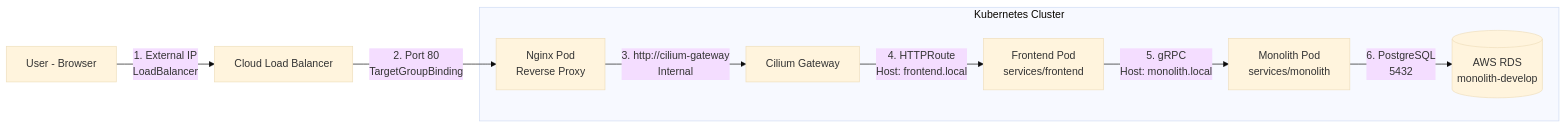
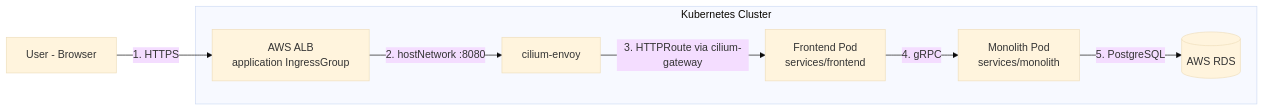
Before and after one commit to panicboat/monorepo: the first of 2 diagrams in README.md, drawn with Mermaid (base theme). The commit also changed other lines of this file and 86 other files, not shown here.

````diff
--- a/README.md
+++ b/README.md
@@ -62,12 +28,11 @@
 ```mermaid
 graph LR
-  User[User - Browser] -- "1. External IP<br>LoadBalancer" --> NginxLB[Cloud Load Balancer]
-  NginxLB -- "2. Port 80<br>TargetGroupBinding" --> NginxPod[Nginx Pod<br>Reverse Proxy]
+  User[User - Browser] -- "1. HTTPS" --> ALB[AWS ALB<br>application IngressGroup]
 
   subgraph "Kubernetes Cluster"
-    NginxPod -- "3. http://cilium-gateway<br>Internal" --> CiliumGw[Cilium Gateway]
-    CiliumGw -- "4. HTTPRoute<br>Host: frontend.local" --> FrontendPod[Frontend Pod<br>services/frontend]
-    FrontendPod -- "5. gRPC<br>Host: monolith.local" --> MonolithPod[Monolith Pod<br>services/monolith]
-    MonolithPod -- "6. PostgreSQL<br>5432" --> RDS[(AWS RDS<br>monolith-develop)]
+    ALB -- "2. hostNetwork :8080" --> Envoy[cilium-envoy]
+    Envoy -- "3. HTTPRoute via cilium-gateway" --> FrontendPod[Frontend Pod<br>services/frontend]
+    FrontendPod -- "4. gRPC" --> MonolithPod[Monolith Pod<br>services/monolith]
+    MonolithPod -- "5. PostgreSQL" --> RDS[(AWS RDS)]
   end
 ```
````
